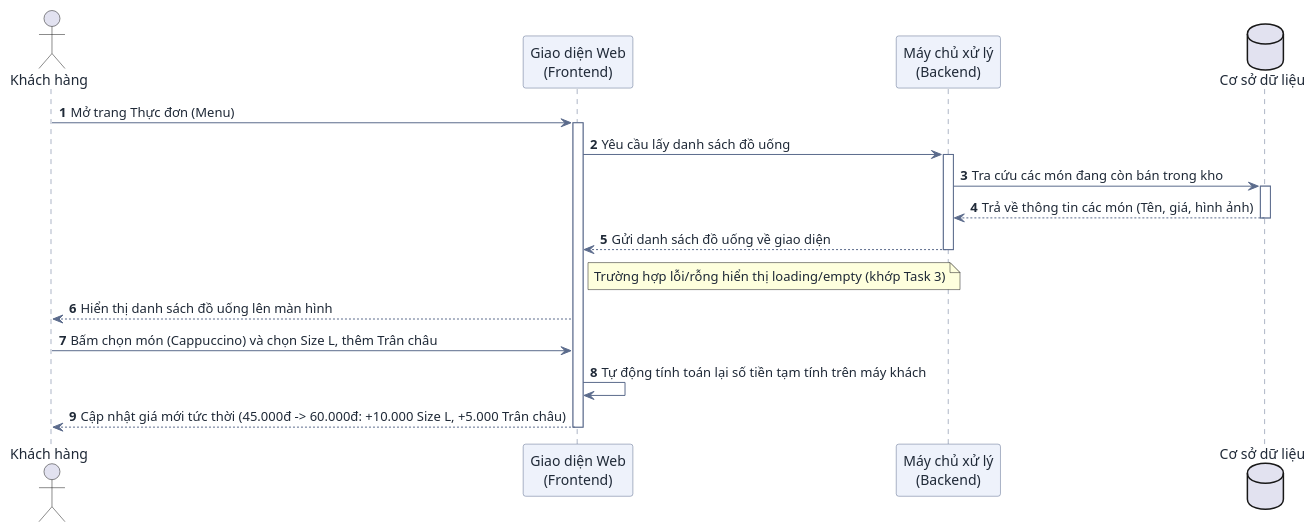
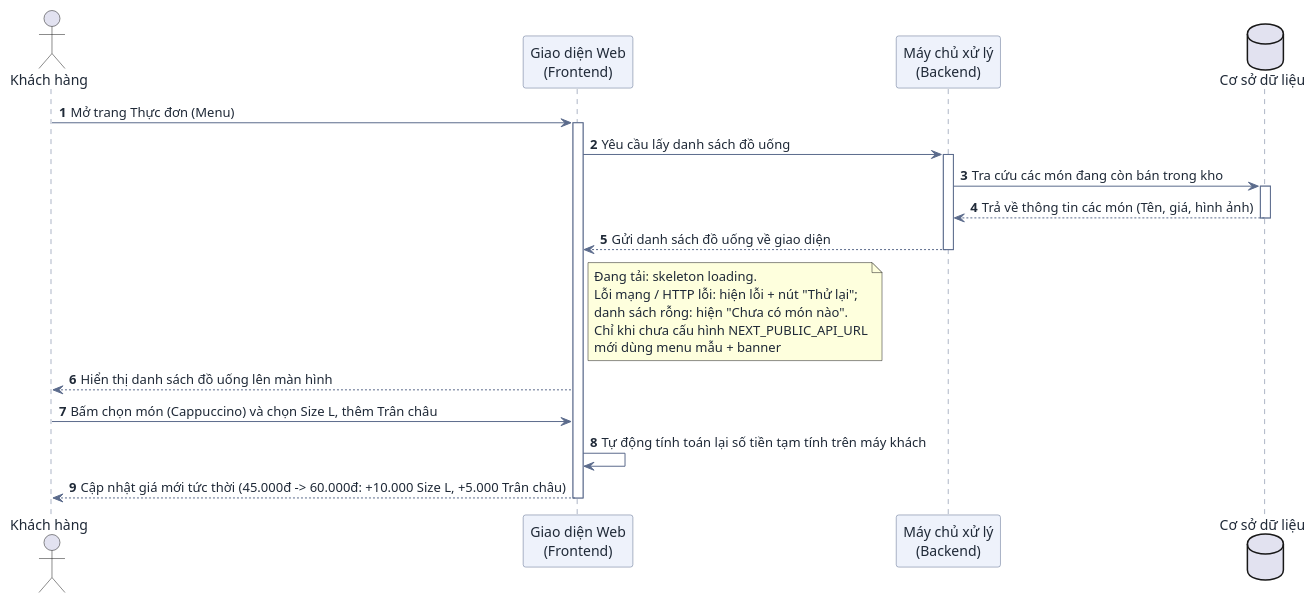
One commit to DuVinhLoi/BrewLite changed the first of 6 diagrams in docs/user-sequence-specifications.md. Above: the diagram before and after it, drawn with PlantUML. The commit also changed other lines of this file and 2 other files, not shown here.

First line of the commit message:
docs: sync use case + sequence specs and status report with code

````diff
--- a/docs/user-sequence-specifications.md
+++ b/docs/user-sequence-specifications.md
@@ -81,36 +81,36 @@
 ```plantuml
 @startuml
 skinparam DefaultFontColor #1f2937
 skinparam ArrowColor #5b6b8c
 skinparam SequenceParticipantBackgroundColor #eef2fb
 skinparam SequenceParticipantBorderColor #5b6b8c
 skinparam SequenceLifeLineBorderColor #5b6b8c
 
 autonumber
 actor "Khách hàng" as User
 participant "Giao diện Web\n(Frontend)" as FE
 participant "Máy chủ xử lý\n(Backend)" as BE
 database "Cơ sở dữ liệu" as DB
 
 User -> FE : Mở trang Thực đơn (Menu)
 activate FE
 
 FE -> BE : Yêu cầu lấy danh sách đồ uống
 activate BE
 
 BE -> DB : Tra cứu các món đang còn bán trong kho
 activate DB
 DB --> BE : Trả về thông tin các món (Tên, giá, hình ảnh)
 deactivate DB
 
 BE --> FE : Gửi danh sách đồ uống về giao diện
-note right of FE : Trường hợp lỗi/rỗng hiển thị loading/empty (khớp Task 3)
+note right of FE : Đang tải: skeleton loading.\nLỗi mạng / HTTP lỗi: hiện lỗi + nút "Thử lại";\ndanh sách rỗng: hiện "Chưa có món nào".\nChỉ khi chưa cấu hình NEXT_PUBLIC_API_URL\nmới dùng menu mẫu + banner
 deactivate BE
 
 FE --> User : Hiển thị danh sách đồ uống lên màn hình
 User -> FE : Bấm chọn món (Cappuccino) và chọn Size L, thêm Trân châu
 FE -> FE : Tự động tính toán lại số tiền tạm tính trên máy khách
 FE --> User : Cập nhật giá mới tức thời (45.000đ -> 60.000đ: +10.000 Size L, +5.000 Trân châu)
 deactivate FE
 @enduml
 ```
````
